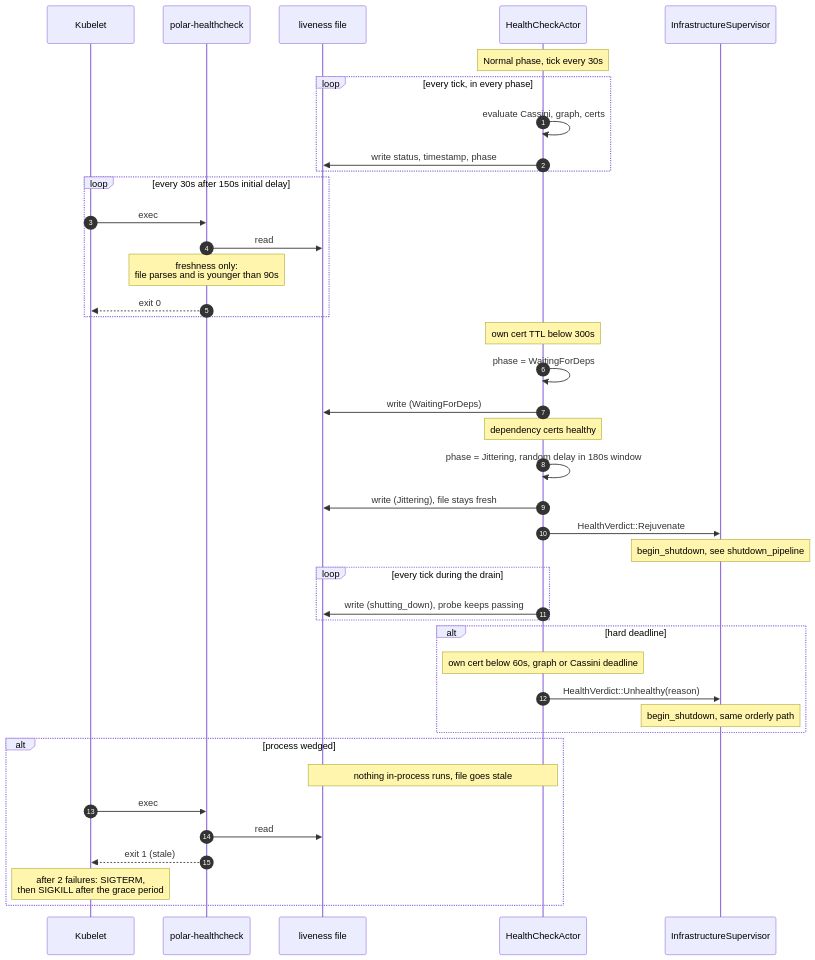
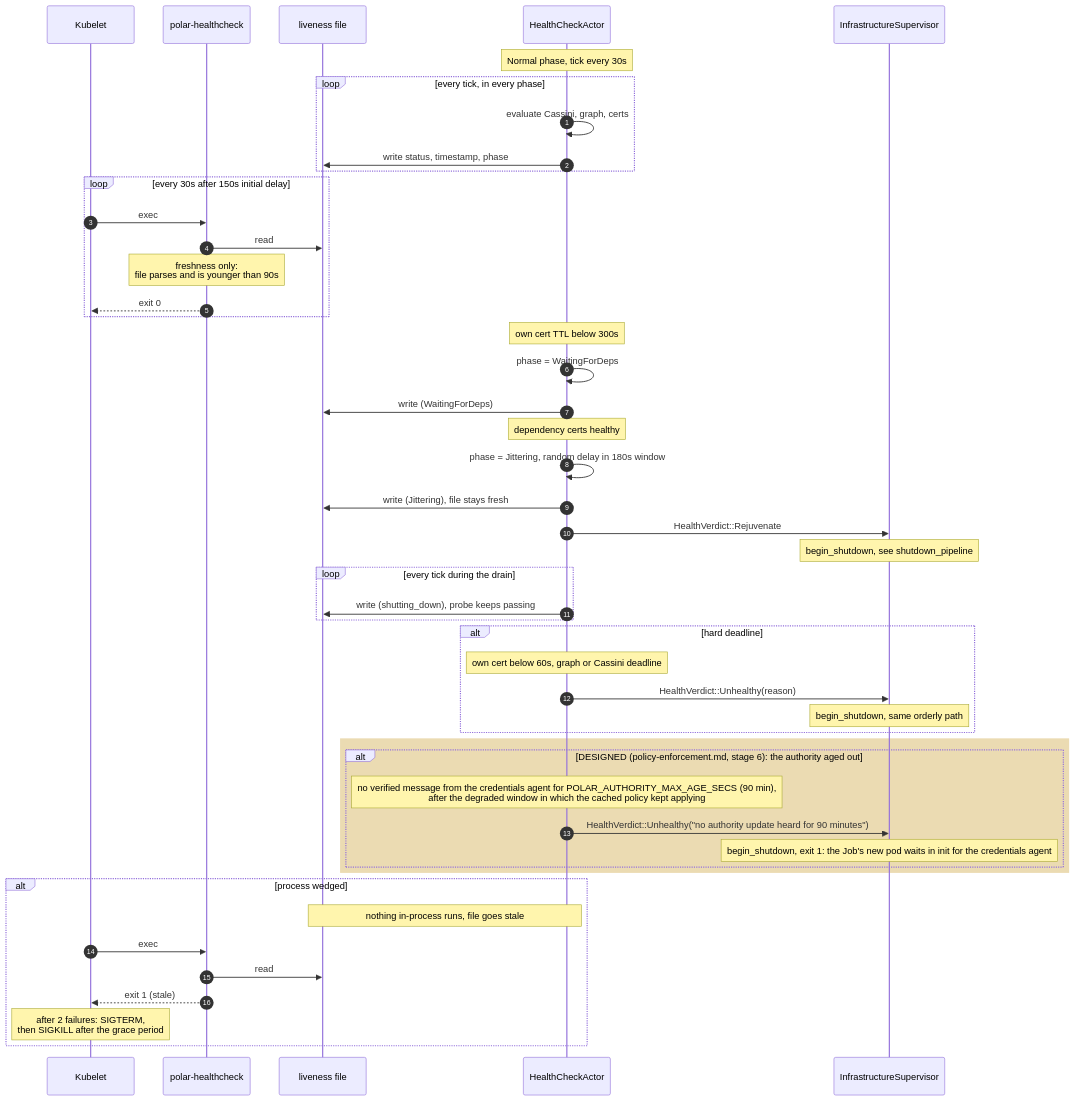
The diagram in docs/architecture/sequences/general/health_rejuvenation.mmd (cmu-sei/Polar), drawn with Mermaid before and after one commit. The commit also changed 25 other files, not shown here.

```diff
--- a/docs/architecture/sequences/general/health_rejuvenation.mmd
+++ b/docs/architecture/sequences/general/health_rejuvenation.mmd
@@ -1,67 +1,76 @@
 %% ACE Tool
 %%
 %% Copyright 2026 Carnegie Mellon University.
 %%
 %% NO WARRANTY. THIS CARNEGIE MELLON UNIVERSITY AND SOFTWARE ENGINEERING INSTITUTE MATERIAL IS
 %% FURNISHED ON AN "AS-IS" BASIS. CARNEGIE MELLON UNIVERSITY MAKES NO WARRANTIES OF ANY KIND, EITHER
 %% EXPRESSED OR IMPLIED, AS TO ANY MATTER INCLUDING, BUT NOT LIMITED TO, WARRANTY OF FITNESS FOR
 %% PURPOSE OR MERCHANTABILITY, EXCLUSIVITY, OR RESULTS OBTAINED FROM USE OF THE MATERIAL. CARNEGIE
 %% MELLON UNIVERSITY DOES NOT MAKE ANY WARRANTY OF ANY KIND WITH RESPECT TO FREEDOM FROM PATENT,
 %% TRADEMARK, OR COPYRIGHT INFRINGEMENT.
 %%
 %% Licensed under a MIT (SEI)-style license, please see license.txt or contact
 %% permission@sei.cmu.edu for full terms.
 %%
 %% [DISTRIBUTION STATEMENT A] This material has been approved for public release and unlimited
 %% distribution.  Please see Copyright notice for non-US Government use and distribution.
 %%
 %% This Software includes and/or makes use of Third-Party Software each subject to its own license.
 %%
 %% DM26-0670
 
+%% Built (health-and-shutdown.md); the authority branch is designed (policy-enforcement.md, stage 6), not built.
 sequenceDiagram
     participant Kubelet
     participant Probe as polar-healthcheck
     participant File as liveness file
     participant Health as HealthCheckActor
     participant Infra as InfrastructureSupervisor
 
     autonumber
     Note over Health: Normal phase, tick every 30s
     loop every tick, in every phase
         Health->>Health: evaluate Cassini, graph, certs
         Health->>File: write status, timestamp, phase
     end
 
     loop every 30s after 150s initial delay
         Kubelet->>Probe: exec
         Probe->>File: read
         Note over Probe: freshness only:<br/>file parses and is younger than 90s
         Probe-->>Kubelet: exit 0
     end
 
     Note over Health: own cert TTL below 300s
     Health->>Health: phase = WaitingForDeps
     Health->>File: write (WaitingForDeps)
     Note over Health: dependency certs healthy
     Health->>Health: phase = Jittering, random delay in 180s window
     Health->>File: write (Jittering), file stays fresh
     Health->>Infra: HealthVerdict::Rejuvenate
     Note over Infra: begin_shutdown, see shutdown_pipeline
     loop every tick during the drain
         Health->>File: write (shutting_down), probe keeps passing
     end
 
     alt hard deadline
         Note over Health: own cert below 60s, graph or Cassini deadline
         Health->>Infra: HealthVerdict::Unhealthy(reason)
         Note over Infra: begin_shutdown, same orderly path
     end
 
+    rect rgb(235, 219, 178)
+    alt DESIGNED (policy-enforcement.md, stage 6): the authority aged out
+        Note over Health: no verified message from the credentials agent for POLAR_AUTHORITY_MAX_AGE_SECS (90 min),<br/>after the degraded window in which the cached policy kept applying
+        Health->>Infra: HealthVerdict::Unhealthy("no authority update heard for 90 minutes")
+        Note over Infra: begin_shutdown, exit 1: the Job's new pod waits in init for the credentials agent
+    end
+    end
+
     alt process wedged
         Note over Health,File: nothing in-process runs, file goes stale
         Kubelet->>Probe: exec
         Probe->>File: read
         Probe-->>Kubelet: exit 1 (stale)
         Note over Kubelet: after 2 failures: SIGTERM,<br/>then SIGKILL after the grace period
     end
```
